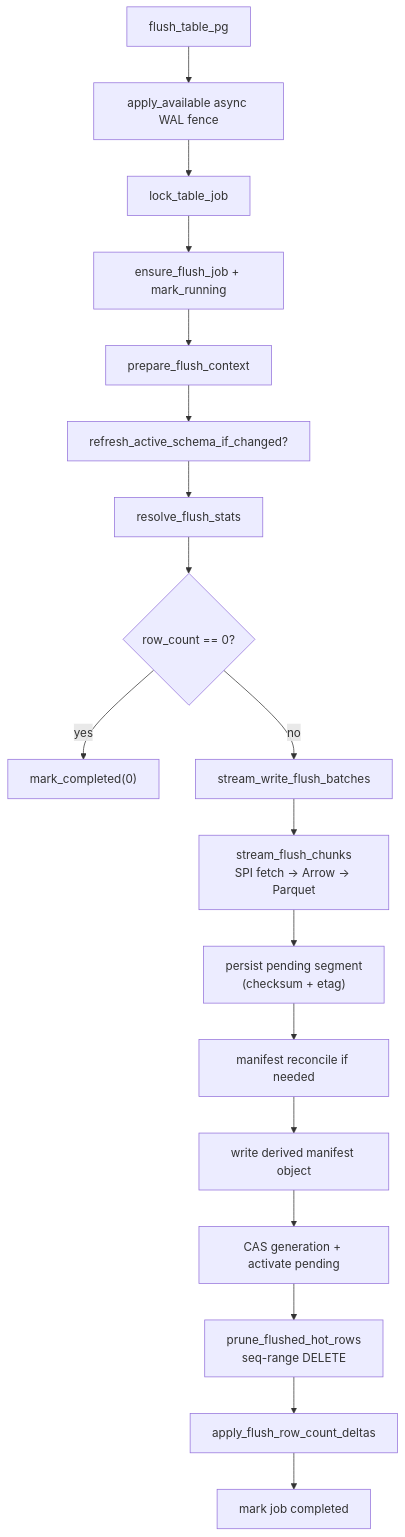
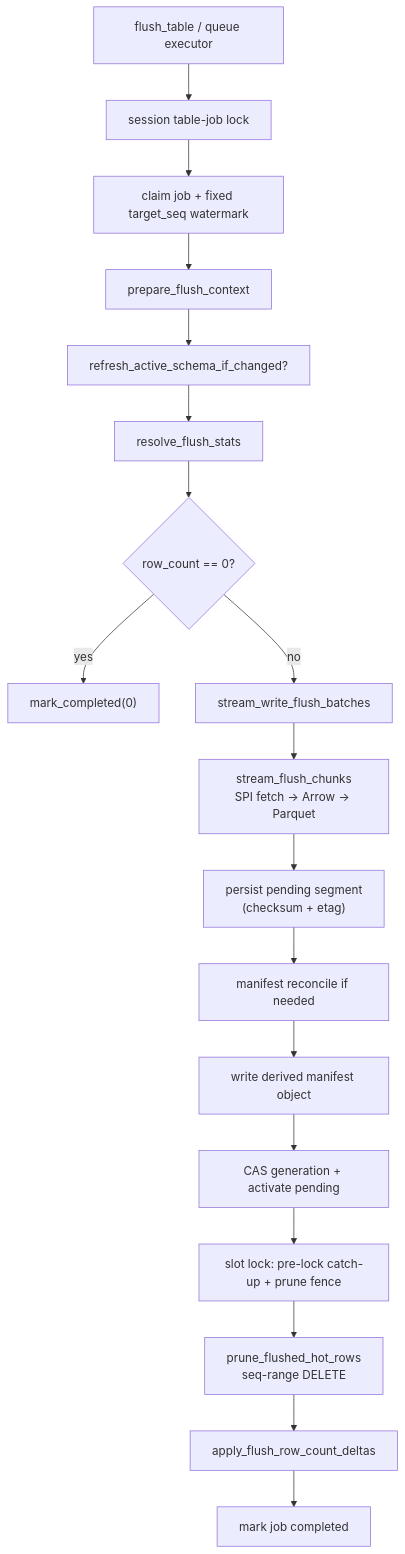
Before and after one commit to kalamdb/koldstore: the diagram in docs/architecture/flushing-table.md, drawn with Mermaid. The commit also changed other lines of this file and 44 other files, not shown here.

First line of the commit message:
Harden queue flush finalize and bond changes_since latency.

````diff
--- a/docs/architecture/flushing-table.md
+++ b/docs/architecture/flushing-table.md
@@ -21,20 +21,20 @@
 ```mermaid
 flowchart TD
-  A["flush_table_pg"] --> W["apply_available async WAL fence"]
-  W --> B["lock_table_job"]
-  B --> C["ensure_flush_job + mark_running"]
+  A["flush_table / queue executor"] --> B["session table-job lock"]
+  B --> C["claim job + fixed target_seq watermark"]
   C --> D["prepare_flush_context"]
   D --> E["refresh_active_schema_if_changed?"]
   E --> F["resolve_flush_stats"]
   F --> G{row_count == 0?}
   G -->|yes| H["mark_completed(0)"]
   G -->|no| I["stream_write_flush_batches"]
   I --> J["stream_flush_chunks\nSPI fetch → Arrow → Parquet"]
   J --> K["persist pending segment\n(checksum + etag)"]
   K --> L["manifest reconcile if needed"]
   L --> M["write derived manifest object"]
   M --> N["CAS generation + activate pending"]
-  N --> O["prune_flushed_hot_rows\nseq-range DELETE"]
-  O --> P["apply_flush_row_count_deltas"]
-  P --> Q["mark job completed"]
+  N --> O["slot lock: pre-lock catch-up + prune fence"]
+  O --> P["prune_flushed_hot_rows\nseq-range DELETE"]
+  P --> Q["apply_flush_row_count_deltas"]
+  Q --> R["mark job completed"]
 ```
````
